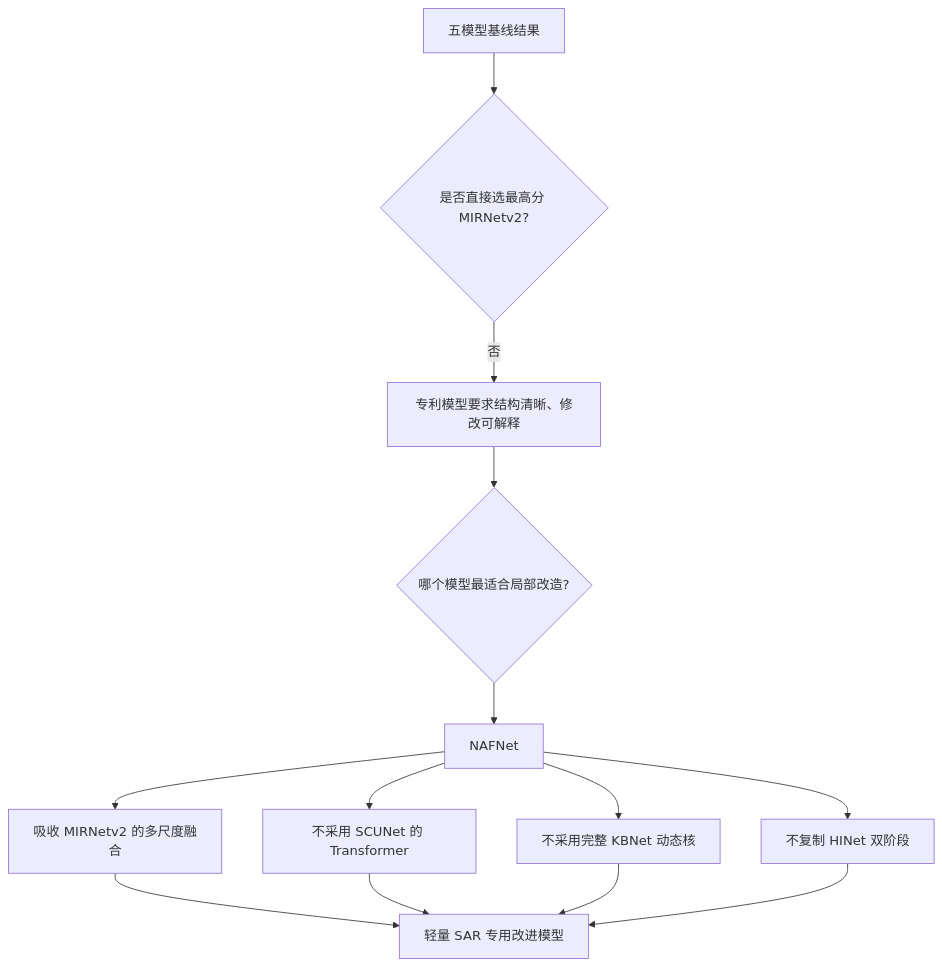
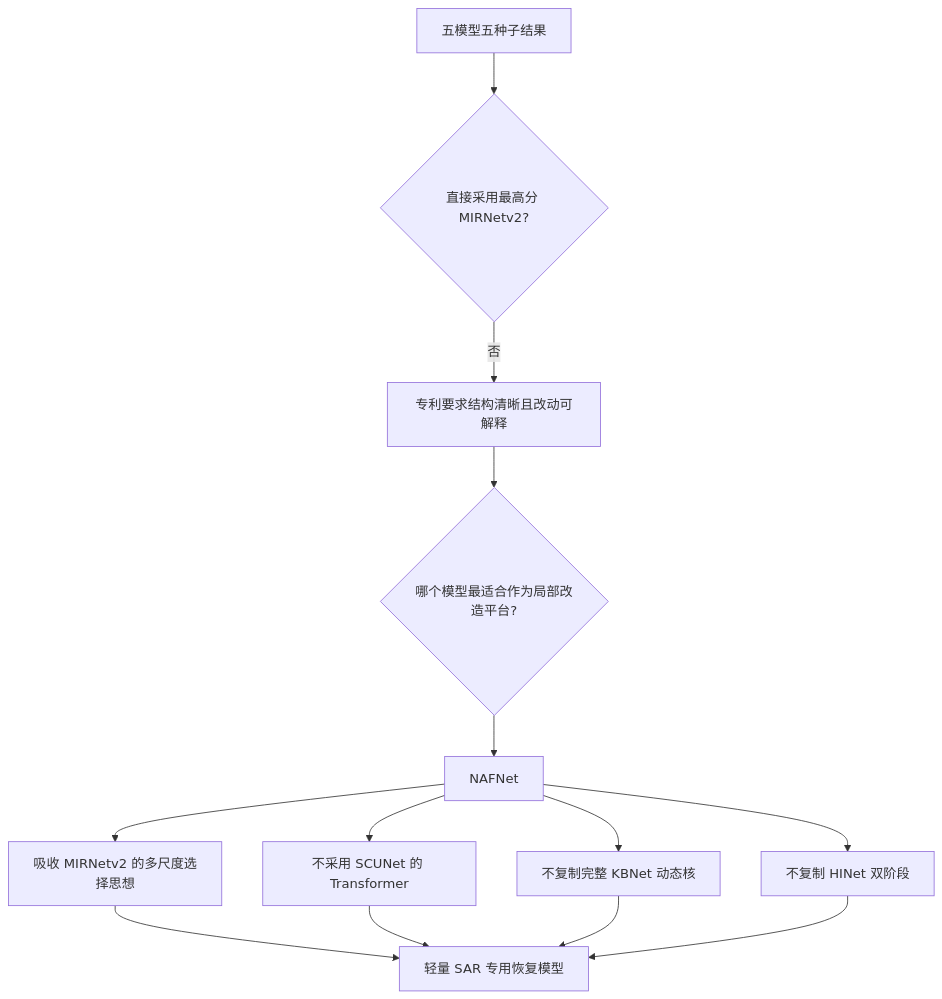
One commit to deathend110/BARU_Unet changed the third of 8 diagrams in NAFNet模型改进建议.md. Above: the diagram before and after it, drawn with Mermaid. The commit also changed other lines of this file, not shown here.

````diff
--- a/NAFNet模型改进建议.md
+++ b/NAFNet模型改进建议.md
@@ -241,15 +253,15 @@
 ```mermaid
 flowchart TD
-    A[五模型基线结果] --> B{是否直接选最高分 MIRNetv2?}
-    B -->|否| C[专利模型要求结构清晰、修改可解释]
-    C --> D{哪个模型最适合局部改造?}
+    A[五模型五种子结果] --> B{直接采用最高分 MIRNetv2?}
+    B -->|否| C[专利要求结构清晰且改动可解释]
+    C --> D{哪个模型最适合作为局部改造平台?}
     D --> N[NAFNet]
-    N --> E[吸收 MIRNetv2 的多尺度融合]
+    N --> E[吸收 MIRNetv2 的多尺度选择思想]
     N --> F[不采用 SCUNet 的 Transformer]
-    N --> G[不采用完整 KBNet 动态核]
+    N --> G[不复制完整 KBNet 动态核]
     N --> H[不复制 HINet 双阶段]
-    E --> O[轻量 SAR 专用改进模型]
+    E --> O[轻量 SAR 专用恢复模型]
     F --> O
     G --> O
     H --> O
 ```
````
